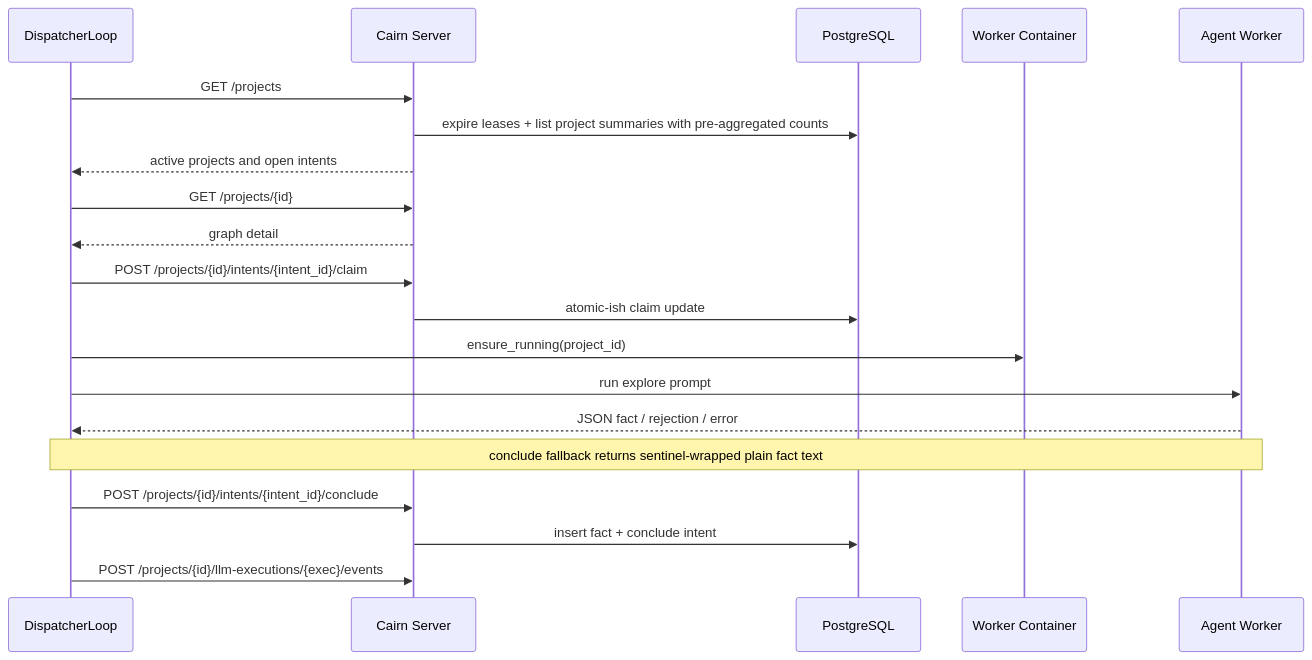
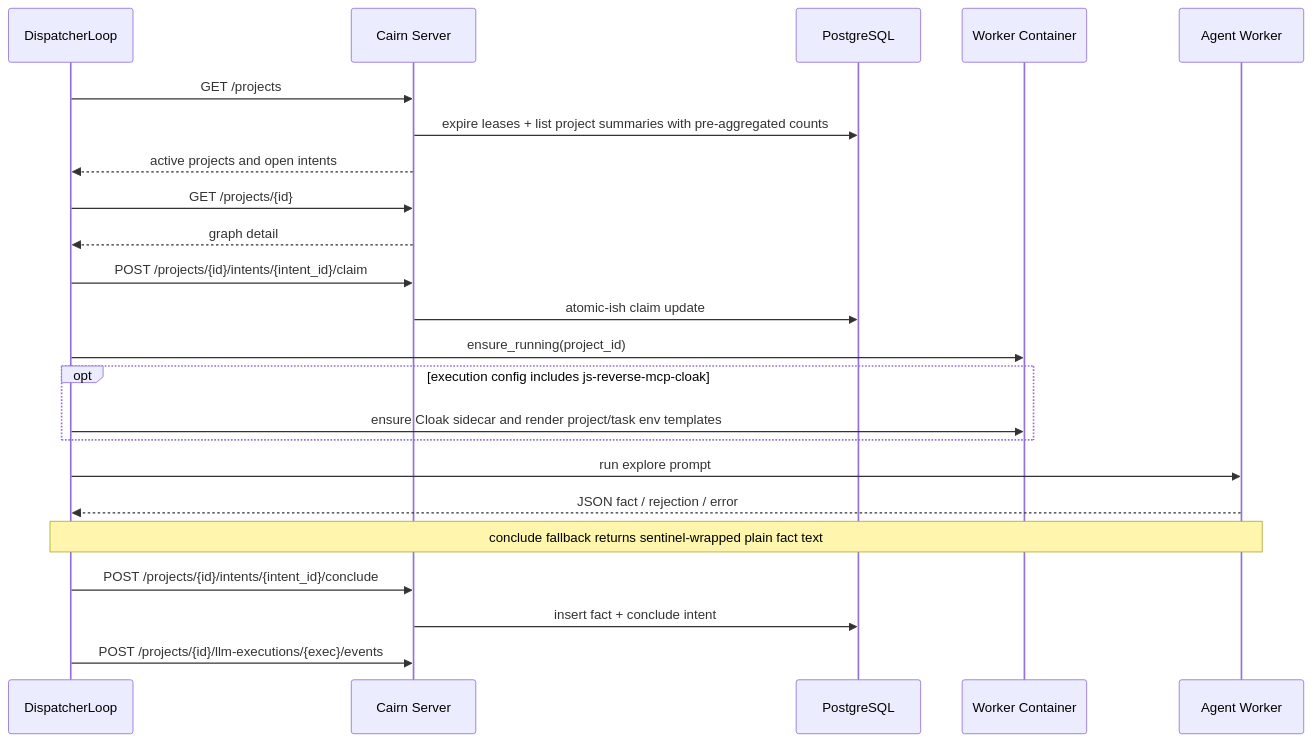
One commit to j7ur8/Cairn changed the fourth of 4 diagrams in AI/ARCHITECTURE.md. Above: the diagram before and after it, drawn with Mermaid. The commit also changed other lines of this file and 6 other files, not shown here.

Commit message:
Use USTC apt mirror for cloak sidecar

````diff
--- a/AI/ARCHITECTURE.md
+++ b/AI/ARCHITECTURE.md
@@ -182,23 +191,26 @@
 ```mermaid
 sequenceDiagram
     participant D as DispatcherLoop
     participant S as Cairn Server
     participant DB as PostgreSQL
     participant C as Worker Container
     participant W as Agent Worker
 
     D->>S: GET /projects
     S->>DB: expire leases + list project summaries with pre-aggregated counts
     S-->>D: active projects and open intents
     D->>S: GET /projects/{id}
     S-->>D: graph detail
     D->>S: POST /projects/{id}/intents/{intent_id}/claim
     S->>DB: atomic-ish claim update
     D->>C: ensure_running(project_id)
+    opt execution config includes js-reverse-mcp-cloak
+        D->>C: ensure Cloak sidecar and render project/task env templates
+    end
     D->>W: run explore prompt
     W-->>D: JSON fact / rejection / error
     Note over D,W: conclude fallback returns sentinel-wrapped plain fact text
     D->>S: POST /projects/{id}/intents/{intent_id}/conclude
     S->>DB: insert fact + conclude intent
     D->>S: POST /projects/{id}/llm-executions/{exec}/events
 ```
````
